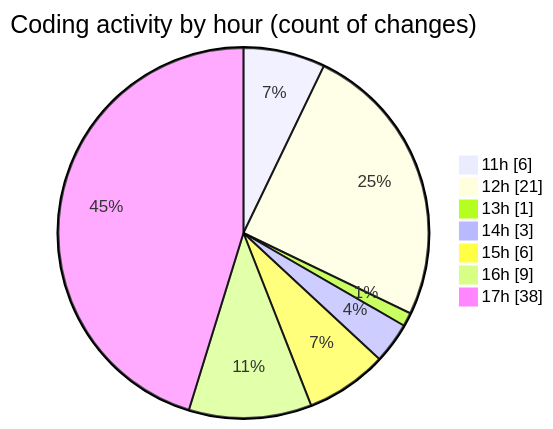
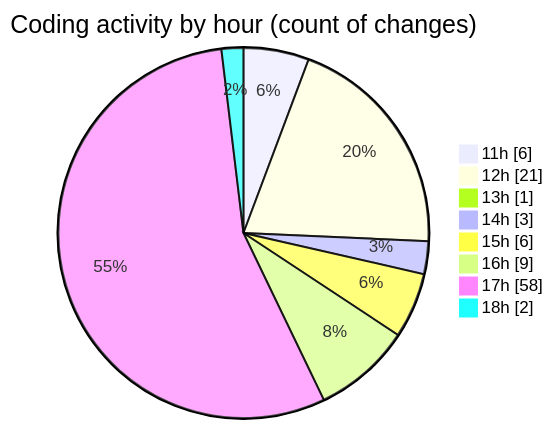
The second of 2 diagrams in 2025-04-16/nxtqube_webapp/README.md (nxtqubesakshisongat/code-tracking), drawn with Mermaid before and after one commit. The commit also changed other lines of this file and 1 other file, not shown here.

````diff
--- a/2025-04-16/nxtqube_webapp/README.md
+++ b/2025-04-16/nxtqube_webapp/README.md
@@ -33,11 +34,12 @@
 ```mermaid
 pie showData
 title Coding activity by hour (count of changes)
 "11h" : 6
 "12h" : 21
 "13h" : 1
 "14h" : 3
 "15h" : 6
 "16h" : 9
-"17h" : 38
+"17h" : 58
+"18h" : 2
 ```
````
